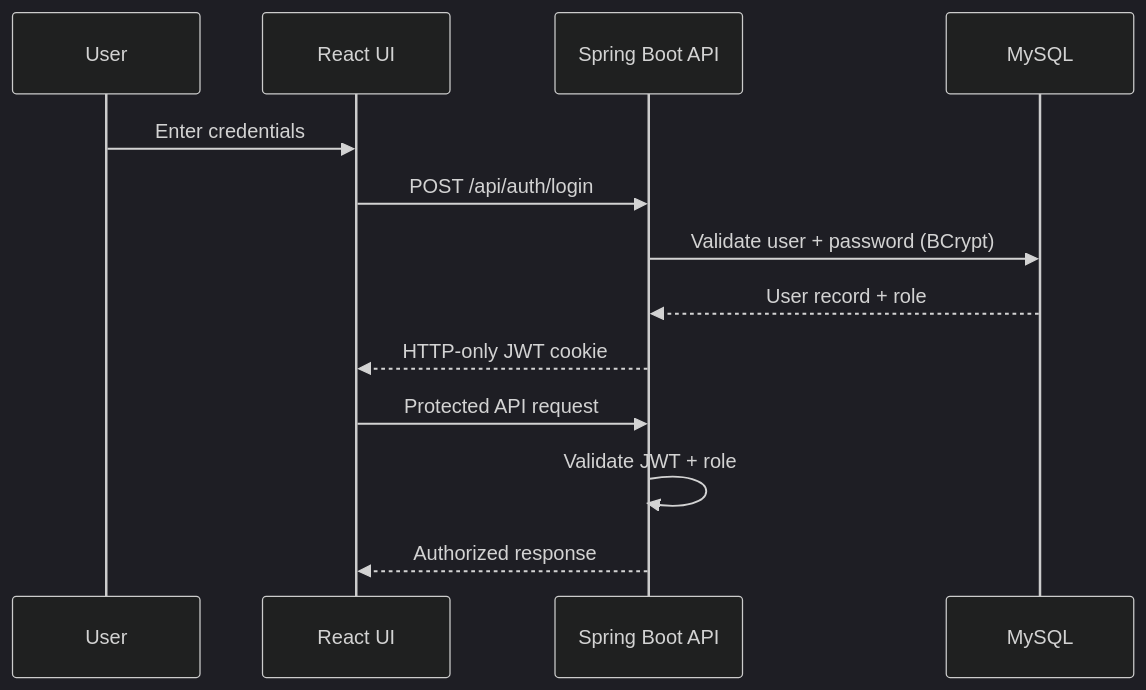
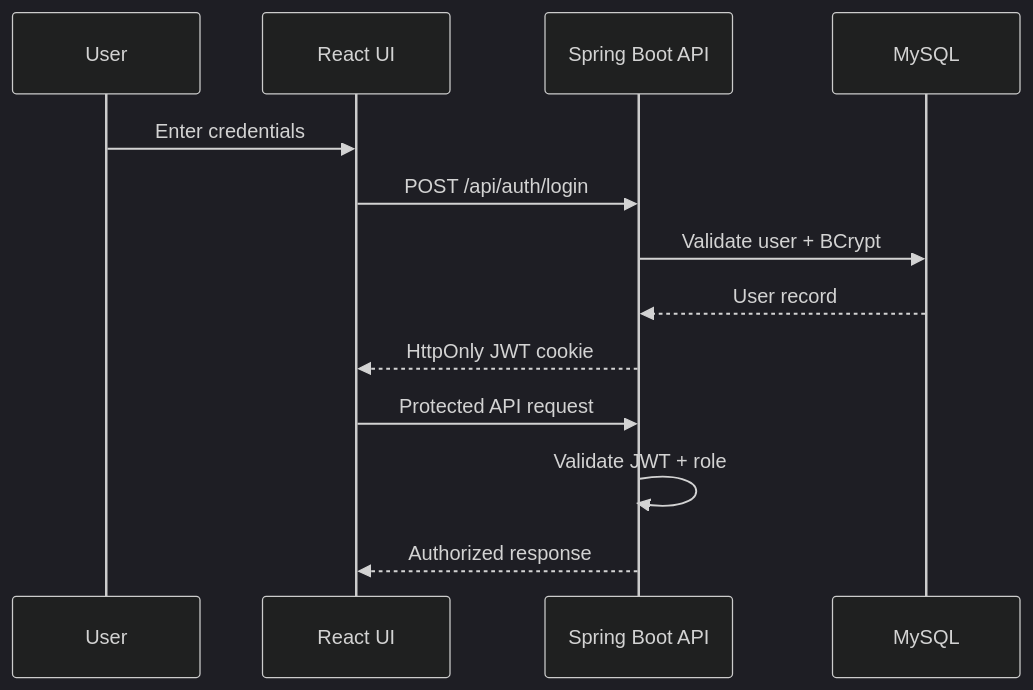
Before and after one commit to annnuuupam/NexCart: the second of 2 diagrams in PROJECT_REPORT.md, drawn with Mermaid (dark theme). The commit also changed other lines of this file and 14 other files, not shown here.

````diff
--- a/PROJECT_REPORT.md
+++ b/PROJECT_REPORT.md
@@ -111,16 +99,16 @@
 ```mermaid
 sequenceDiagram
   participant U as User
   participant FE as React UI
   participant BE as Spring Boot API
   participant DB as MySQL
 
   U->>FE: Enter credentials
   FE->>BE: POST /api/auth/login
-  BE->>DB: Validate user + password (BCrypt)
-  DB-->>BE: User record + role
-  BE-->>FE: HTTP-only JWT cookie
+  BE->>DB: Validate user + BCrypt
+  DB-->>BE: User record
+  BE-->>FE: HttpOnly JWT cookie
   FE->>BE: Protected API request
   BE->>BE: Validate JWT + role
   BE-->>FE: Authorized response
 ```
````
